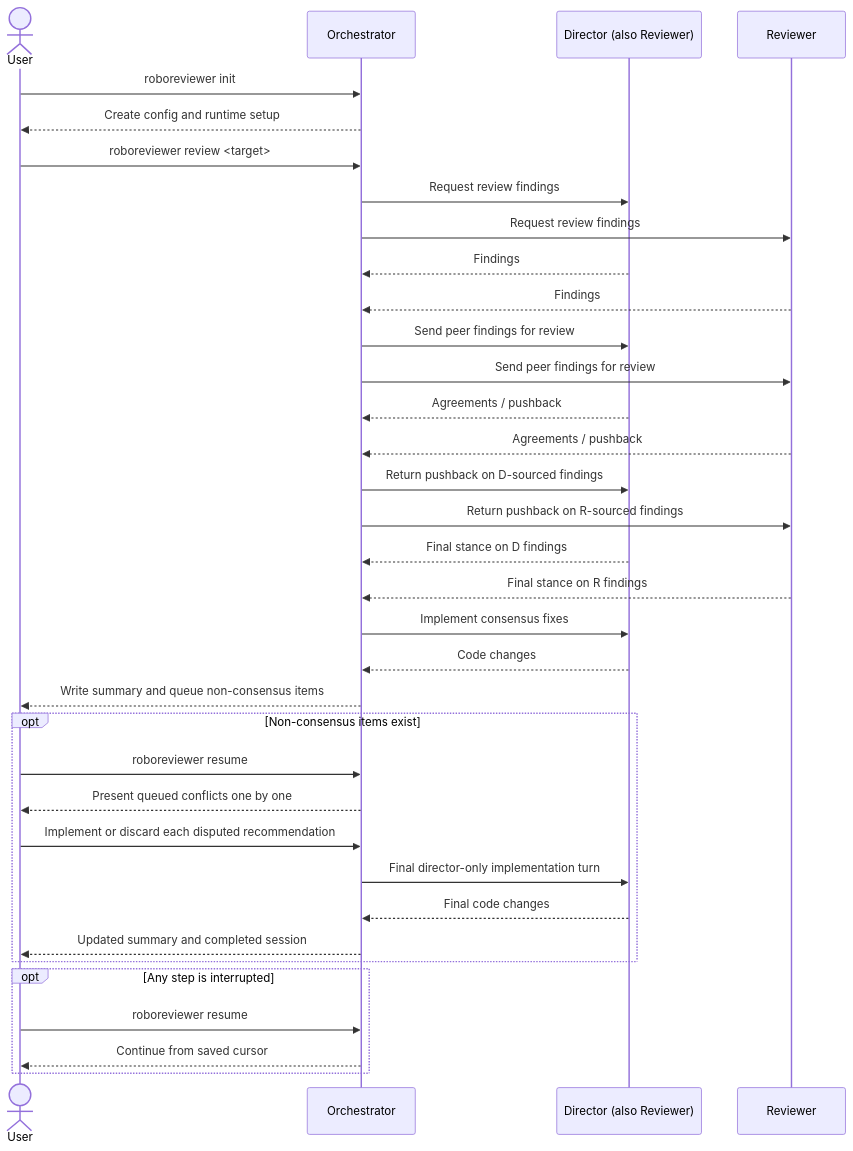
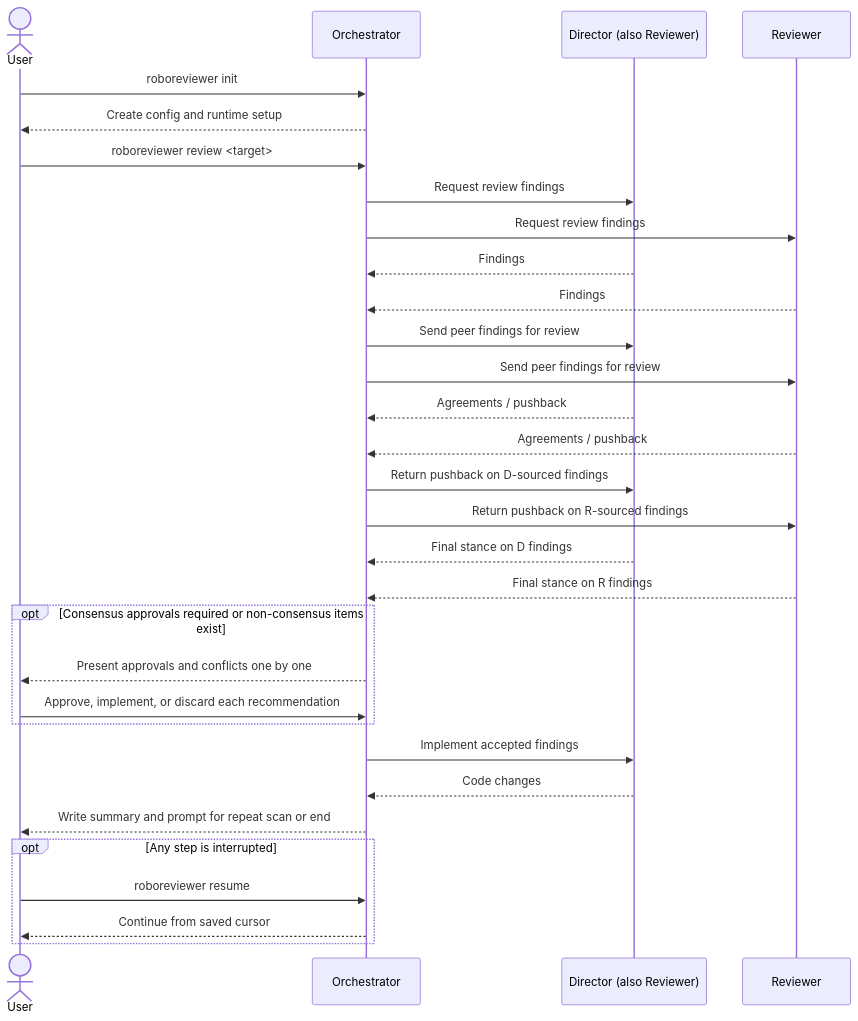
One commit to kirinmurphy/roboreviewer_cli changed the second of 2 diagrams in docs/spec/MVP/PRD.md. Above: the diagram before and after it, drawn with Mermaid. The commit also changed other lines of this file and 4 other files, not shown here.

````diff
--- a/docs/spec/MVP/PRD.md
+++ b/docs/spec/MVP/PRD.md
@@ -515,41 +515,37 @@
 ```mermaid
 sequenceDiagram
     actor U as User
     participant O as Orchestrator
     participant D as Director (also Reviewer)
     participant R as Reviewer
 
     U->>O: roboreviewer init
     O-->>U: Create config and runtime setup
 
     U->>O: roboreviewer review <target>
     O->>D: Request review findings
     O->>R: Request review findings
     D-->>O: Findings
     R-->>O: Findings
     O->>D: Send peer findings for review
     O->>R: Send peer findings for review
     D-->>O: Agreements / pushback
     R-->>O: Agreements / pushback
     O->>D: Return pushback on D-sourced findings
     O->>R: Return pushback on R-sourced findings
     D-->>O: Final stance on D findings
     R-->>O: Final stance on R findings
-    O->>D: Implement consensus fixes
+    opt Consensus approvals required or non-consensus items exist
+        O-->>U: Present approvals and conflicts one by one
+        U->>O: Approve, implement, or discard each recommendation
+    end
+
+    O->>D: Implement accepted findings
     D-->>O: Code changes
-    O-->>U: Write summary and queue non-consensus items
-
-    opt Non-consensus items exist
-        U->>O: roboreviewer resume
-        O-->>U: Present queued conflicts one by one
-        U->>O: Implement or discard each disputed recommendation
-        O->>D: Final director-only implementation turn
-        D-->>O: Final code changes
-        O-->>U: Updated summary and completed session
-    end
+    O-->>U: Write summary and prompt for repeat scan or end
 
     opt Any step is interrupted
         U->>O: roboreviewer resume
         O-->>U: Continue from saved cursor
     end
 ```
````
